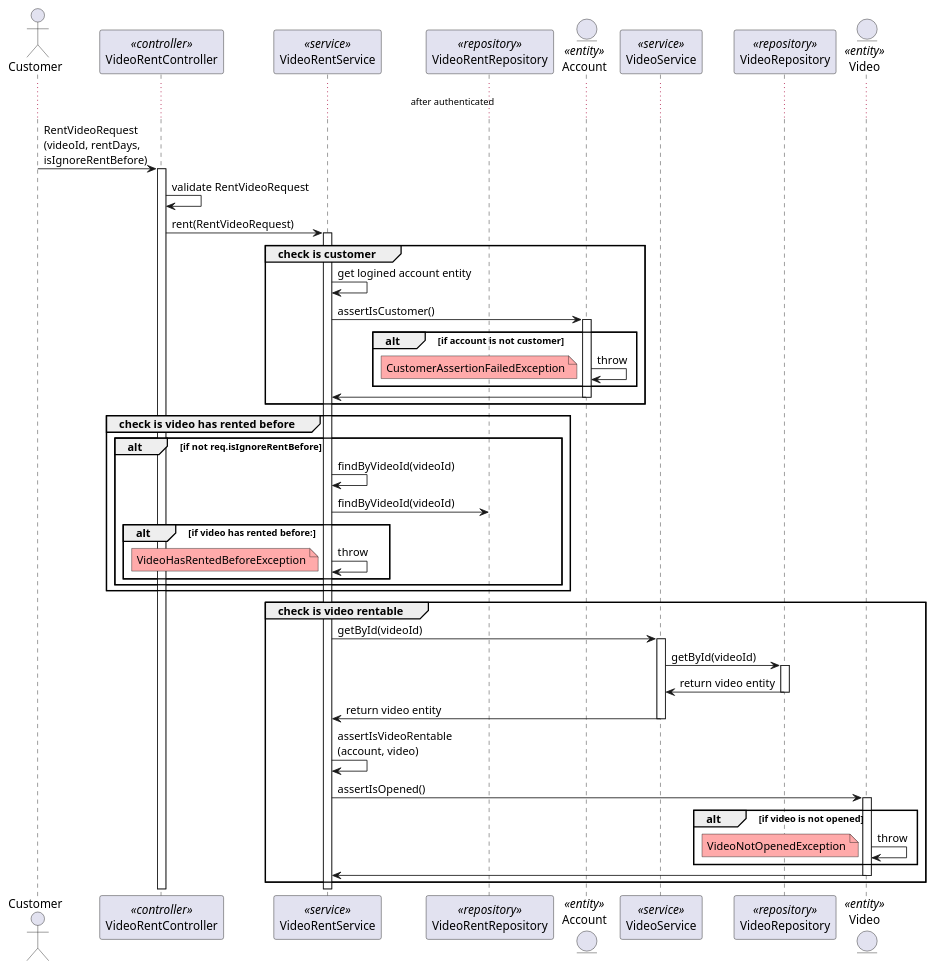
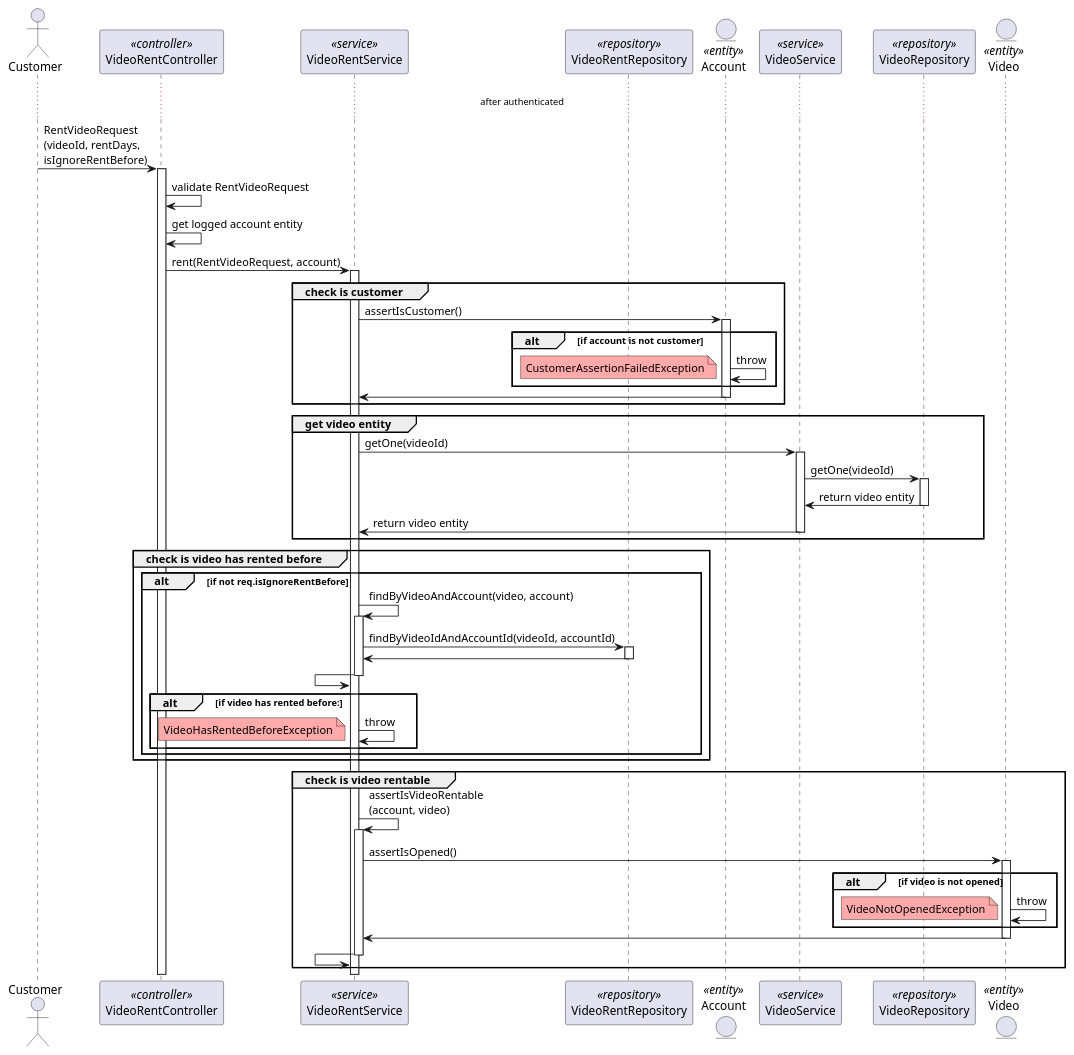
The diagram in docs/design/rent_video/1_check_rentable.puml (AYONC/videoshop), drawn with PlantUML before and after one commit. The commit also changed 30 other files, not shown here.

```diff
--- a/docs/design/rent_video/1_check_rentable.puml
+++ b/docs/design/rent_video/1_check_rentable.puml
@@ -1,71 +1,88 @@
 @startuml
 
 actor customer as "Customer"
 participant videoRentController as "VideoRentController" <<controller>>
 participant videoRentService as "VideoRentService" <<service>>
 participant videoRentRepository as "VideoRentRepository" <<repository>>
 entity account as "Account" <<entity>>
 participant videoService as "VideoService" <<service>>
 participant videoRepository as "VideoRepository" <<repository>>
 entity video as "Video" <<entity>>
 
 ... after authenticated ...
 
 customer -> videoRentController: RentVideoRequest\n(videoId, rentDays, \nisIgnoreRentBefore)
 activate videoRentController
 
 videoRentController -> videoRentController: validate RentVideoRequest
+videoRentController -> videoRentController: get logged account entity
 
-videoRentController -> videoRentService: rent(RentVideoRequest)
+videoRentController -> videoRentService: rent(RentVideoRequest, account)
 activate videoRentService
 
 group check is customer
-    videoRentService -> videoRentService: get logined account entity
     videoRentService -> account: assertIsCustomer()
     activate account
 
     alt if account is not customer
         account -> account: throw
         note left #ffaaaa: CustomerAssertionFailedException
     end
 
     videoRentService <- account:
     deactivate account
 end
 
+group get video entity
+    videoRentService -> videoService: getOne(videoId)
+    activate videoService
+    videoService -> videoRepository: getOne(videoId)
+    activate videoRepository
+
+    videoService <- videoRepository: return video entity
+    deactivate videoRepository
+    videoRentService <- videoService: return video entity
+    deactivate videoService
+end
+
 group check is video has rented before
     alt if not req.isIgnoreRentBefore
-        videoRentService -> videoRentService: findByVideoId(videoId)
-        videoRentService -> videoRentRepository: findByVideoId(videoId)
+        videoRentService -> videoRentService: findByVideoAndAccount(video, account)
+        activate videoRentService
+
+        videoRentService -> videoRentRepository: findByVideoIdAndAccountId(videoId, accountId)
+        activate videoRentRepository
+
+        videoRentService <- videoRentRepository:
+        deactivate videoRentRepository
+
+        videoRentService <- videoRentService:
+        deactivate videoRentService
+
         alt if video has rented before:
             videoRentService -> videoRentService: throw
             note left #ffaaaa: VideoHasRentedBeforeException
         end
     end
 end
 
 group check is video rentable
-    videoRentService -> videoService: getById(videoId)
-    activate videoService
-    videoService -> videoRepository: getById(videoId)
-    activate videoRepository
+    videoRentService -> videoRentService: assertIsVideoRentable\n(account, video)
+    activate videoRentService
 
-    videoService <- videoRepository: return video entity
-    deactivate videoRepository
-    videoRentService <- videoService: return video entity
-    deactivate videoService
-
-    videoRentService -> videoRentService: assertIsVideoRentable\n(account, video)
     videoRentService -> video: assertIsOpened()
     activate video
 
     alt if video is not opened
         video -> video: throw
         note left #ffaaaa: VideoNotOpenedException
     end
 
     videoRentService <- video:
     deactivate video
+
+    videoRentService <- videoRentService
+    deactivate videoRentService
 end
 
 @enduml
```
